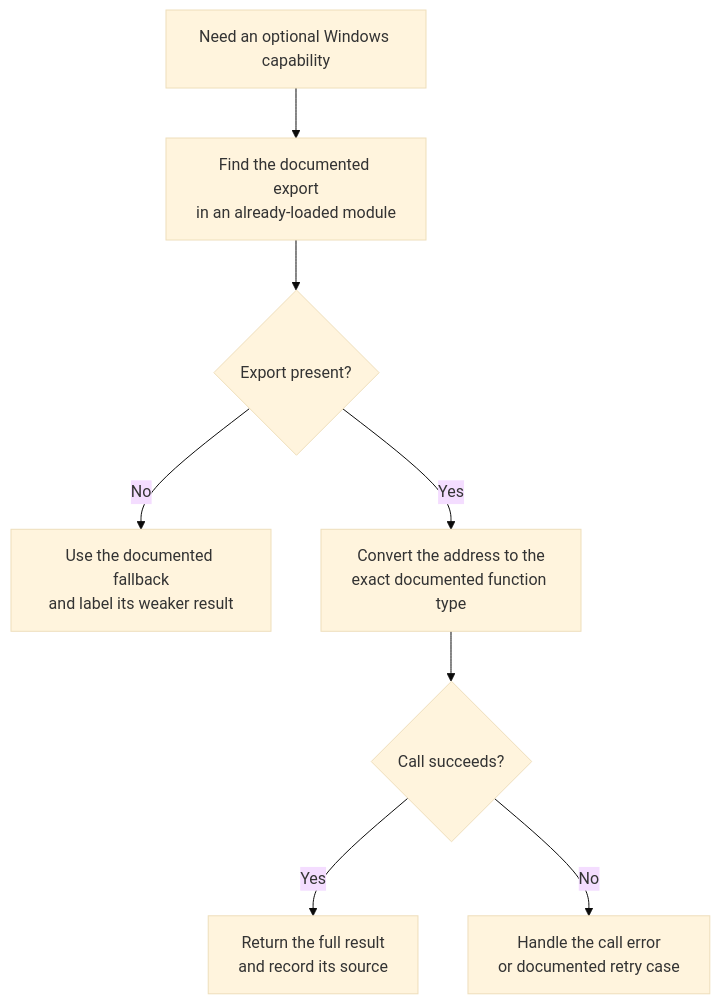
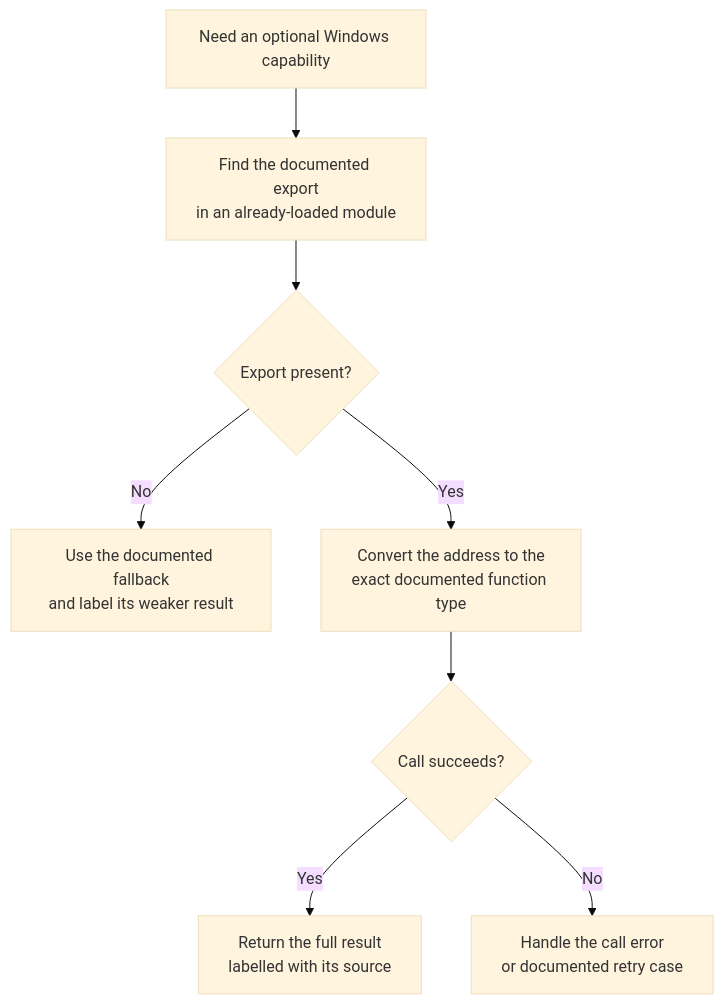
Before and after one commit to MustCodeAl/rust-game-hacking-book: the diagram in site/src/content/docs/pages/11/03.mdx, drawn with Mermaid (base theme). The commit also changed other lines of this file and 85 other files, not shown here.

````diff
--- a/site/src/content/docs/pages/11/03.mdx
+++ b/site/src/content/docs/pages/11/03.mdx
@@ -123,10 +154,10 @@
 ```mermaid
 flowchart TD
     A["Need an optional Windows capability"] --> B["Find the documented export<br/>in an already-loaded module"]
     B --> C{"Export present?"}
     C -- "No" --> F["Use the documented fallback<br/>and label its weaker result"]
     C -- "Yes" --> D["Convert the address to the<br/>exact documented function type"]
     D --> E{"Call succeeds?"}
-    E -- "Yes" --> G["Return the full result<br/>and record its source"]
+    E -- "Yes" --> G["Return the full result<br/>labelled with its source"]
     E -- "No" --> H["Handle the call error<br/>or documented retry case"]
 ```
````
